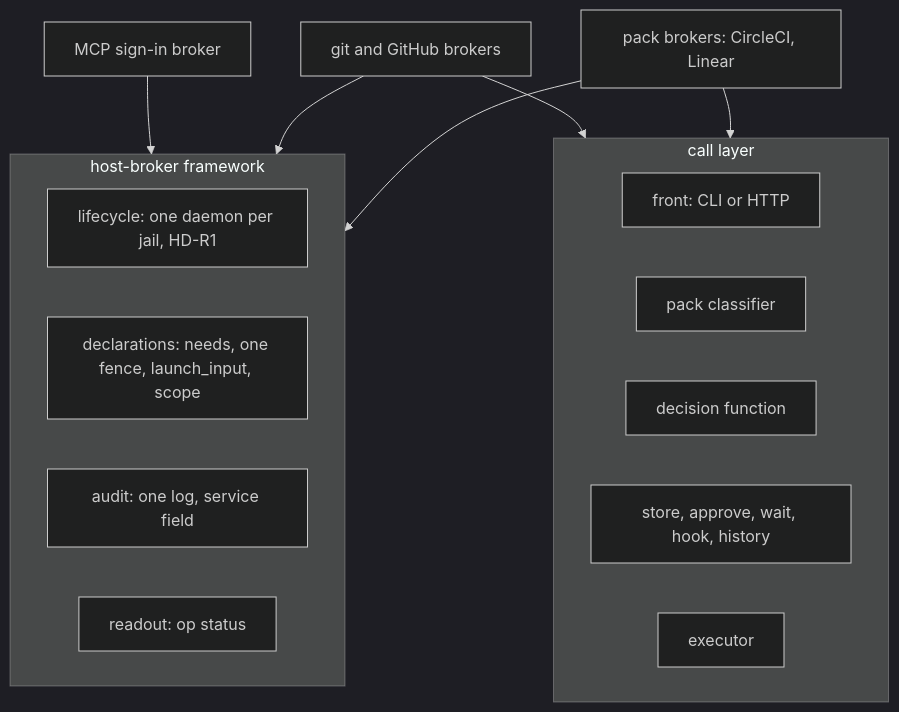
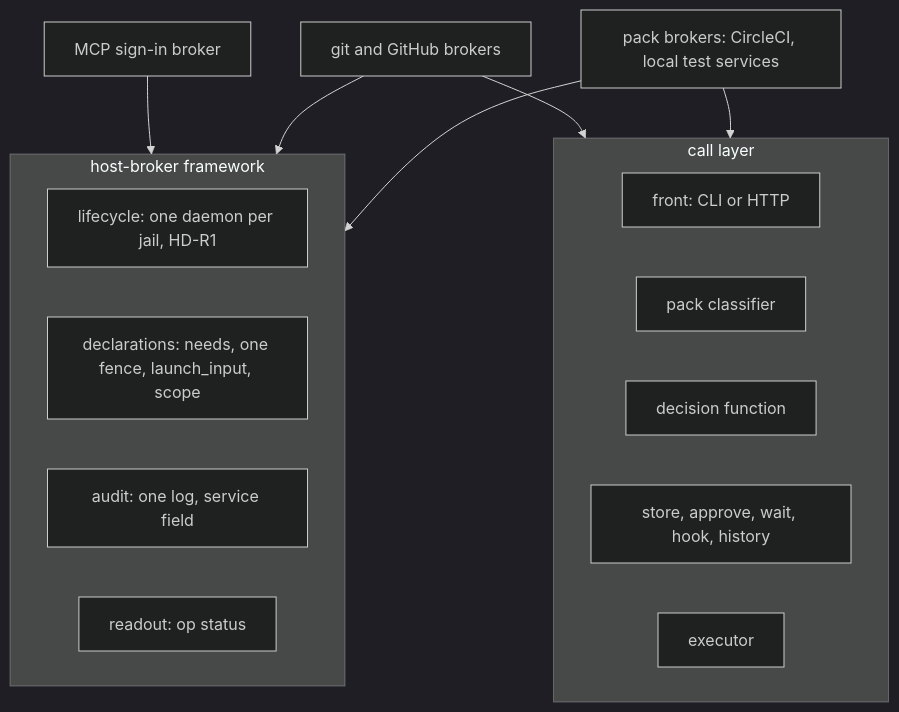
The diagram in docs/design/pack-brokers.md (mschulkind-oss/yolo-jail), drawn with Mermaid (dark theme) before and after one commit. The commit also changed other lines of this file and 3 other files, not shown here.

Commit message:
docs(brokers): settle execution and local proof services

````diff
--- a/docs/design/pack-brokers.md
+++ b/docs/design/pack-brokers.md
@@ -156,21 +158,21 @@
 ```mermaid
 flowchart TB
   subgraph L1[host-broker framework]
     LC[lifecycle: one daemon per jail, HD-R1]
     DE[declarations: needs, one fence, launch_input, scope]
     AU[audit: one log, service field]
     RO[readout: op status]
   end
   subgraph L2[call layer]
     FR[front: CLI or HTTP]
     CL[pack classifier]
     DF[decision function]
     ST[store, approve, wait, hook, history]
     EX[executor]
   end
   MCP[MCP sign-in broker] --> L1
   GH[git and GitHub brokers] --> L1
   GH --> L2
-  PB[pack brokers: CircleCI, Linear] --> L1
+  PB[pack brokers: CircleCI, local test services] --> L1
   PB --> L2
 ```
````
